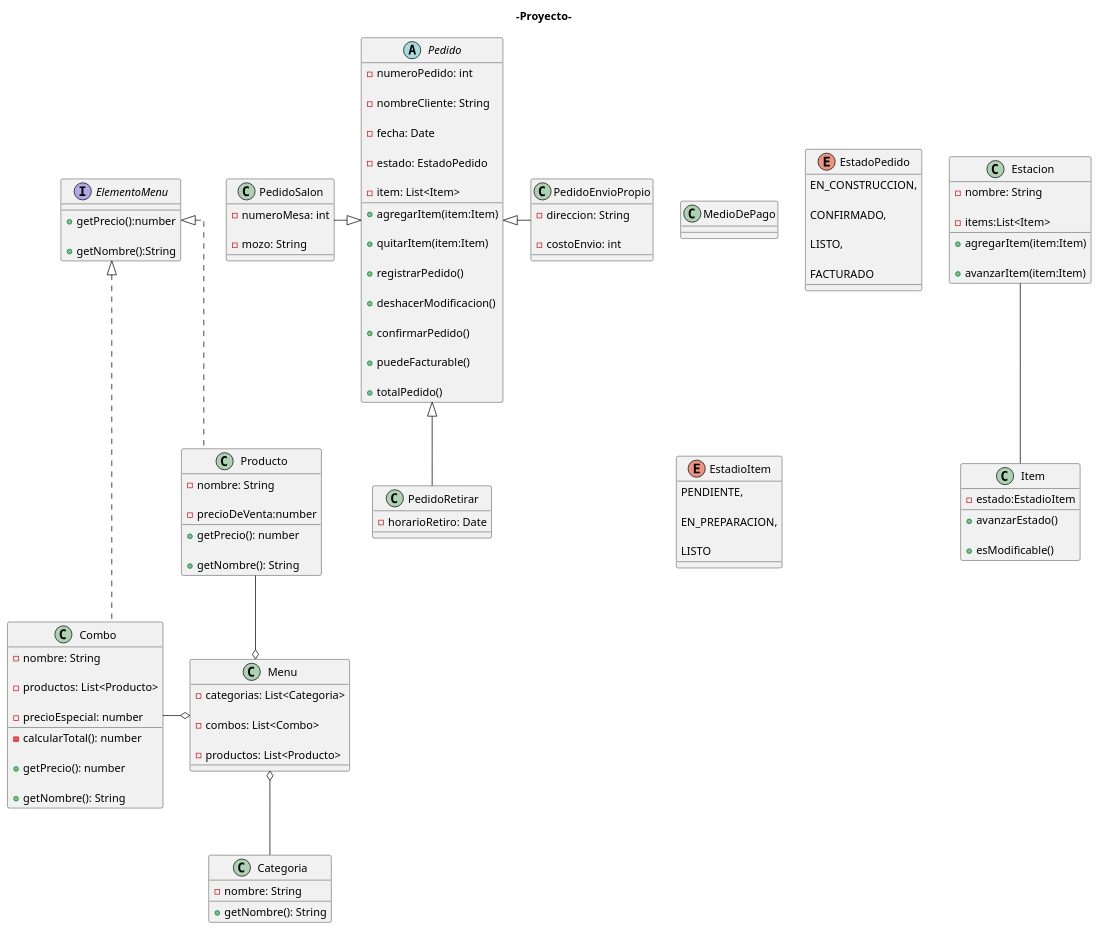
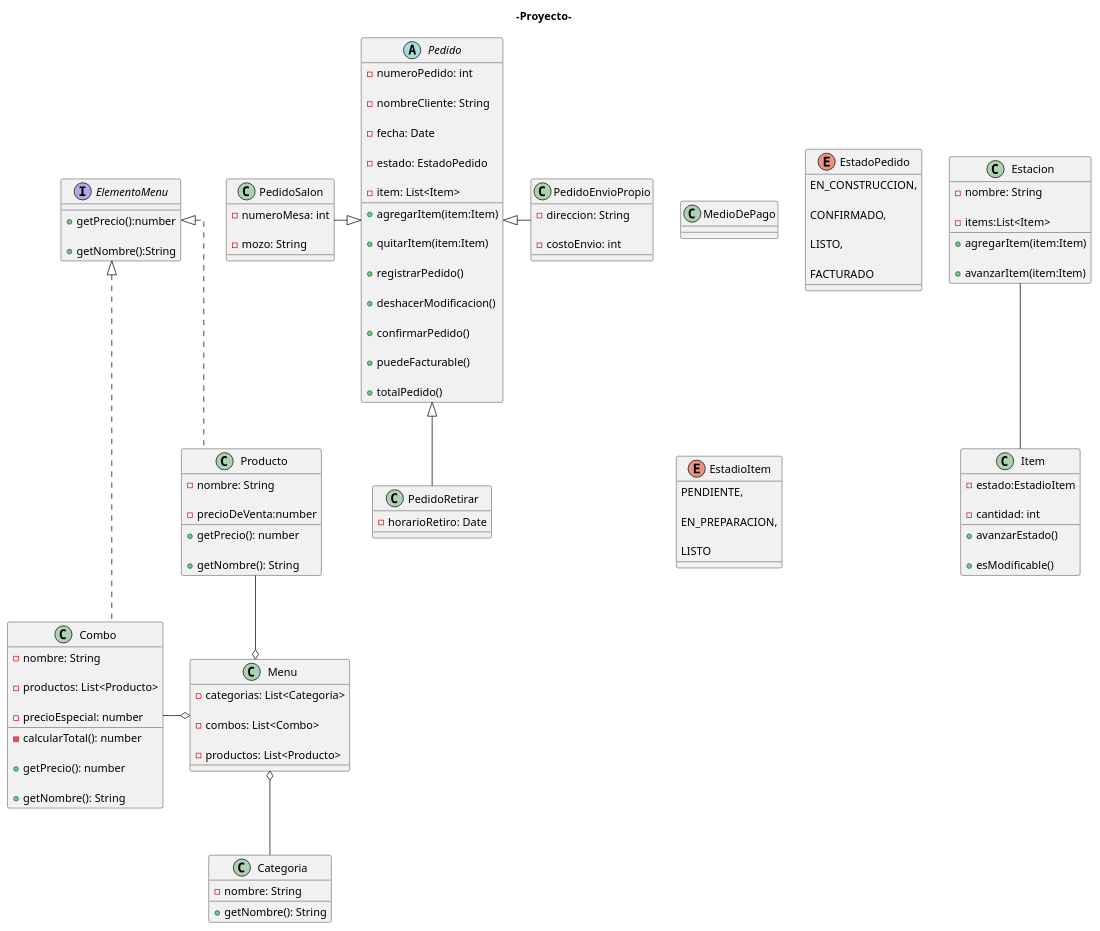
One commit to JuanJauregui2014/Tp-cuatrimestral-programacion-II changed the diagram in diagramas/diagramas.puml. Above: the diagram before and after it, drawn with PlantUML.

Commit message:
Agrego -cantidad:int a clase Ítem
*cuantas unidades de ese producto se solicitaron

```diff
--- a/diagramas/diagramas.puml
+++ b/diagramas/diagramas.puml
@@ -74,7 +74,7 @@
 
     -estado:EstadioItem
 
-
+    -cantidad: int
 
     +avanzarEstado()
 
```
